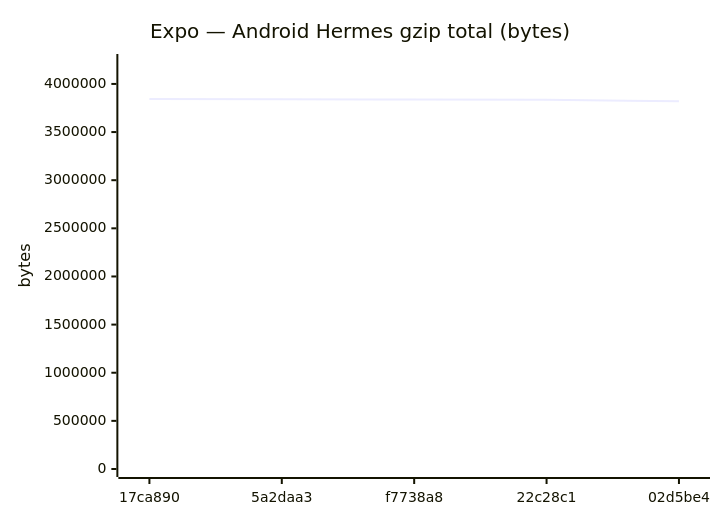
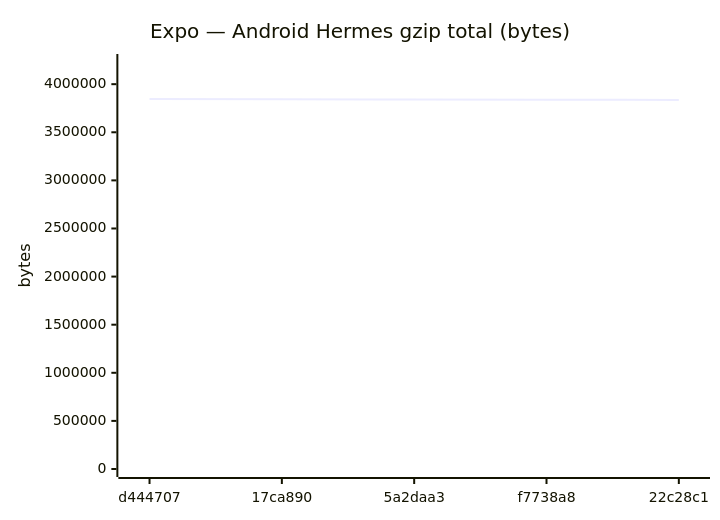
Before and after one commit to Metaheurist/Rianell: diagram 11 of 18 in benchmarks/compare.md, drawn with Mermaid. The commit also changed other lines of this file and 11 other files, not shown here.

````diff
--- a/benchmarks/compare.md
+++ b/benchmarks/compare.md
@@ -172,7 +172,7 @@
 ```mermaid
 xychart-beta
     title "Expo — Android Hermes gzip total (bytes)"
-    x-axis ["17ca890", "5a2daa3", "f7738a8", "22c28c1", "02d5be4"]
-    y-axis "bytes" 0 --> 4227822
-    line [3843474, 3841087, 3837618, 3836645, 3819535]
+    x-axis ["d444707", "17ca890", "5a2daa3", "f7738a8", "22c28c1"]
+    y-axis "bytes" 0 --> 4230496
+    line [3845905, 3843474, 3841087, 3837618, 3836645]
 ```
````
